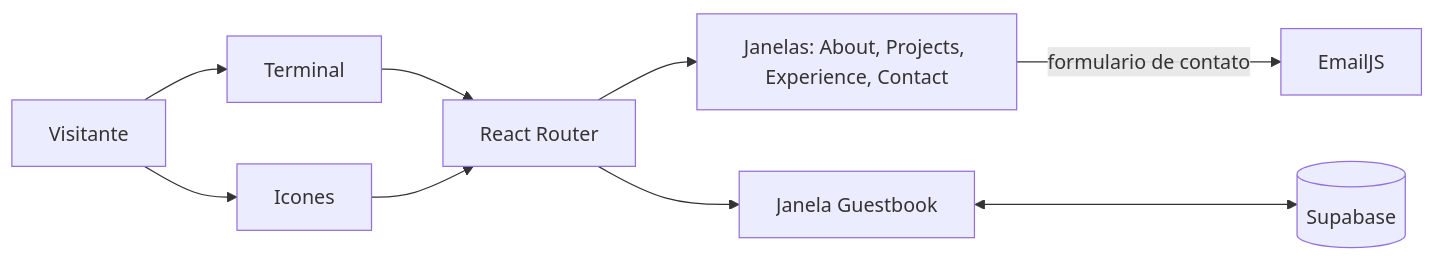
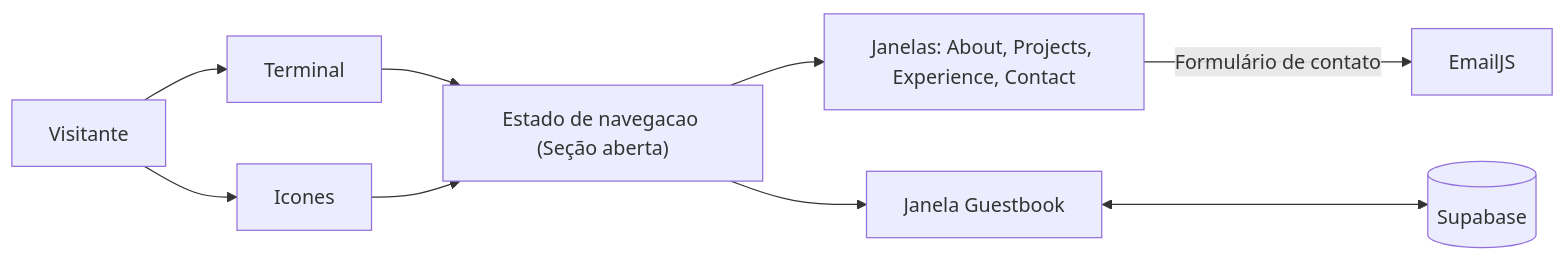
One commit to leopettersen/portifolio changed the diagram in README.md. Above: the diagram before and after it, drawn with Mermaid. The commit also changed other lines of this file and 2 other files, not shown here.

Commit message:
chore: remove react-router das dependências e do README

````diff
--- a/README.md
+++ b/README.md
@@ -134,11 +139,11 @@
 ```mermaid
 flowchart LR
   V[Visitante] --> T[Terminal]
   V --> I[Icones]
-  T --> R[React Router]
-  I --> R
-  R --> J["Janelas: About, Projects, Experience, Contact"]
-  R --> G[Janela Guestbook]
+  T --> N["Estado de navegacao (Seção aberta)"]
+  I --> N
+  N --> J["Janelas: About, Projects, Experience, Contact"]
+  N --> G[Janela Guestbook]
   G <--> S[(Supabase)]
-  J -->|formulario de contato| E[EmailJS]
+  J -->|Formulário de contato| E[EmailJS]
 ```
````
